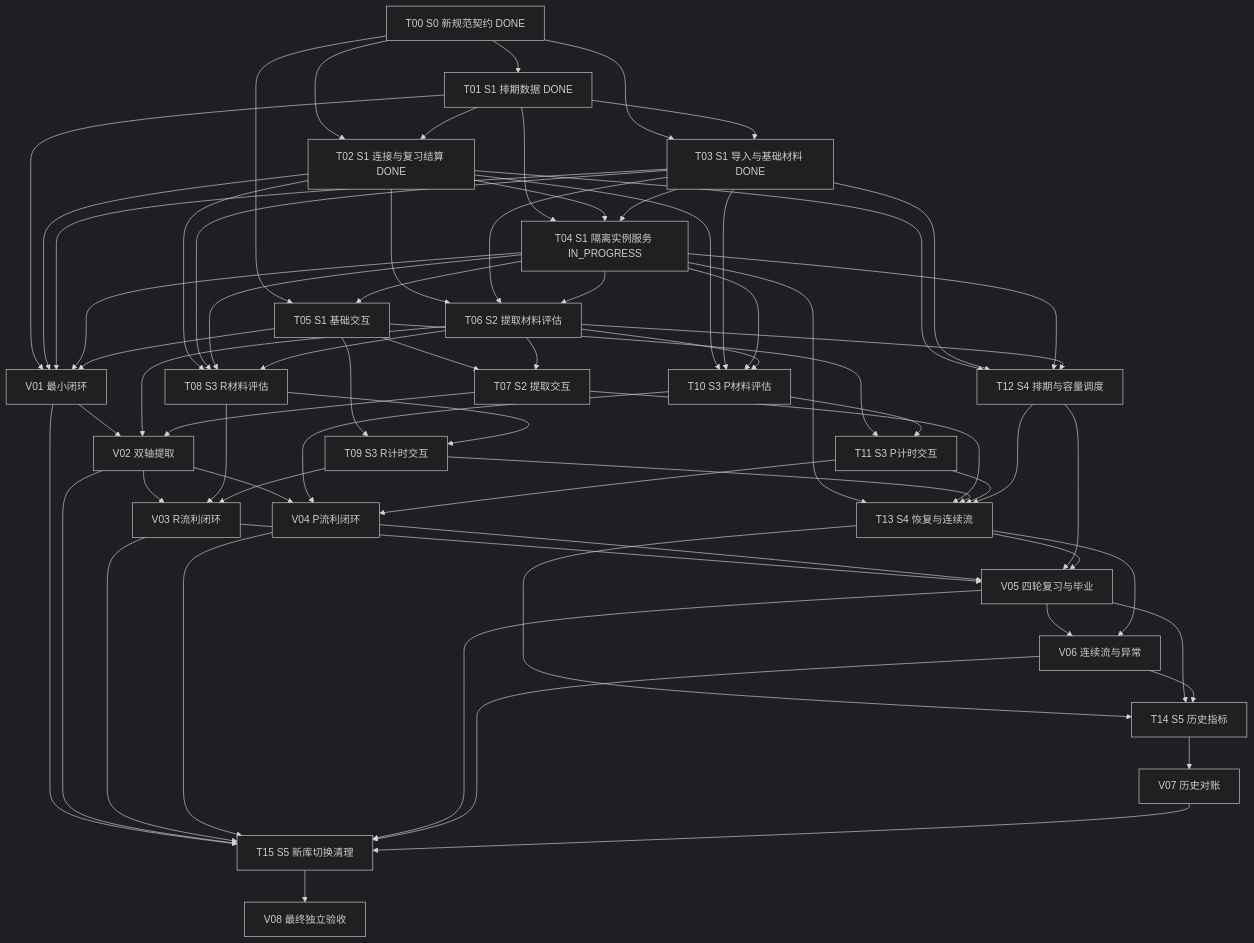
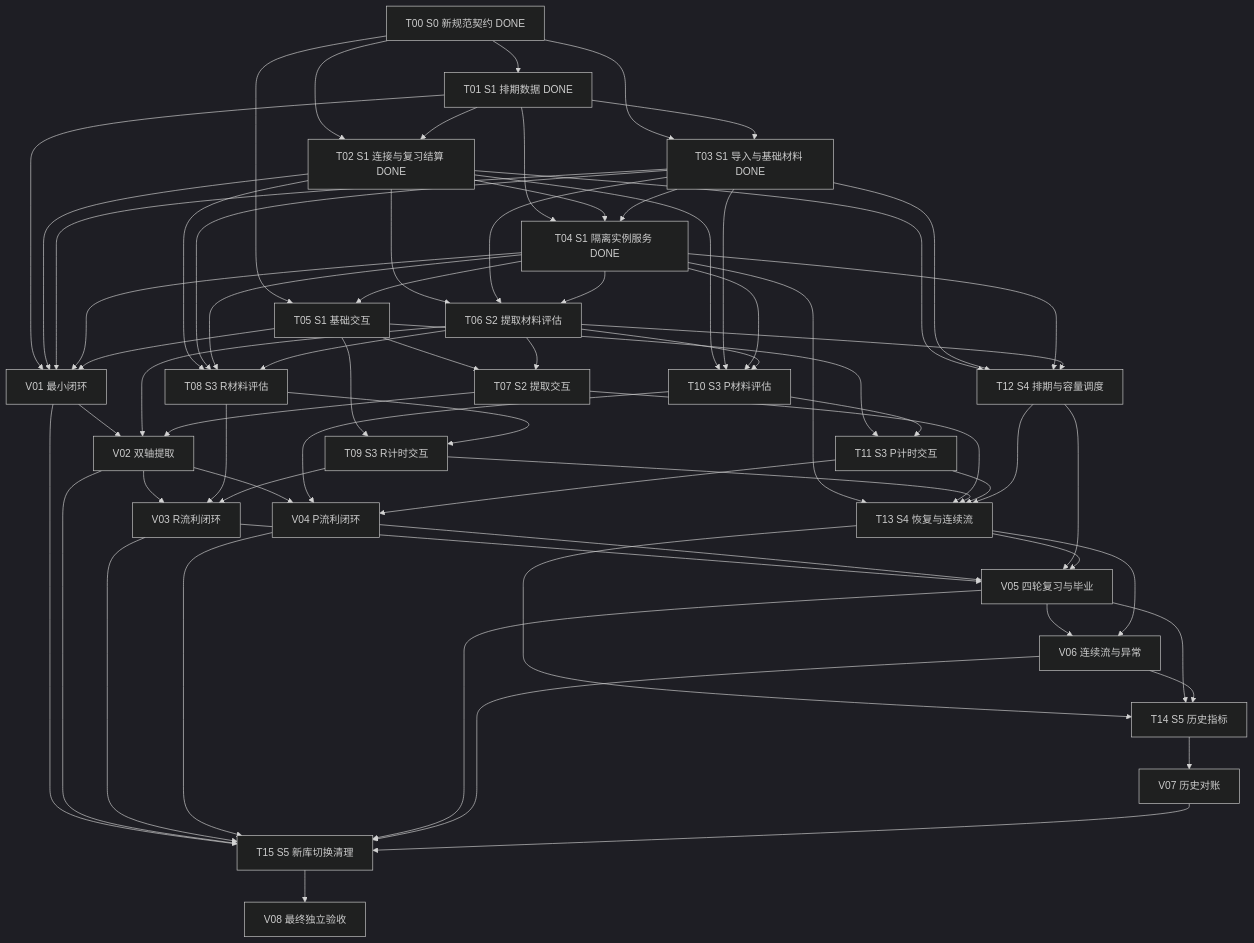
The diagram in docs/task-implementation-new-algorithm.md (logact/flow), drawn with Mermaid (dark theme) before and after one commit. The commit also changed other lines of this file and 5 other files, not shown here.

```diff
--- a/docs/task-implementation-new-algorithm.md
+++ b/docs/task-implementation-new-algorithm.md
@@ -332,7 +333,7 @@
   T01["T01 S1 排期数据 DONE"]
   T02["T02 S1 连接与复习结算 DONE"]
   T03["T03 S1 导入与基础材料 DONE"]
-  T04["T04 S1 隔离实例服务 IN_PROGRESS"]
+  T04["T04 S1 隔离实例服务 DONE"]
   T05["T05 S1 基础交互"]
   V01["V01 最小闭环"]
   T06["T06 S2 提取材料评估"]
```
